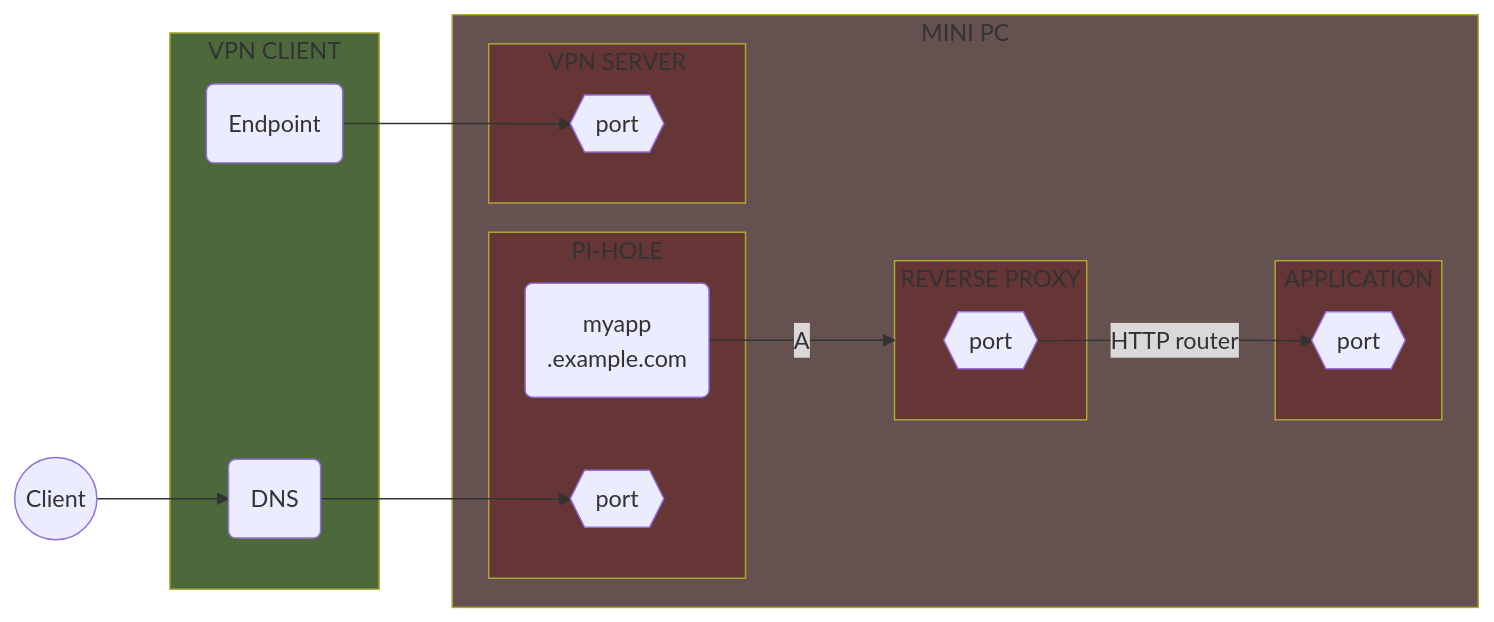
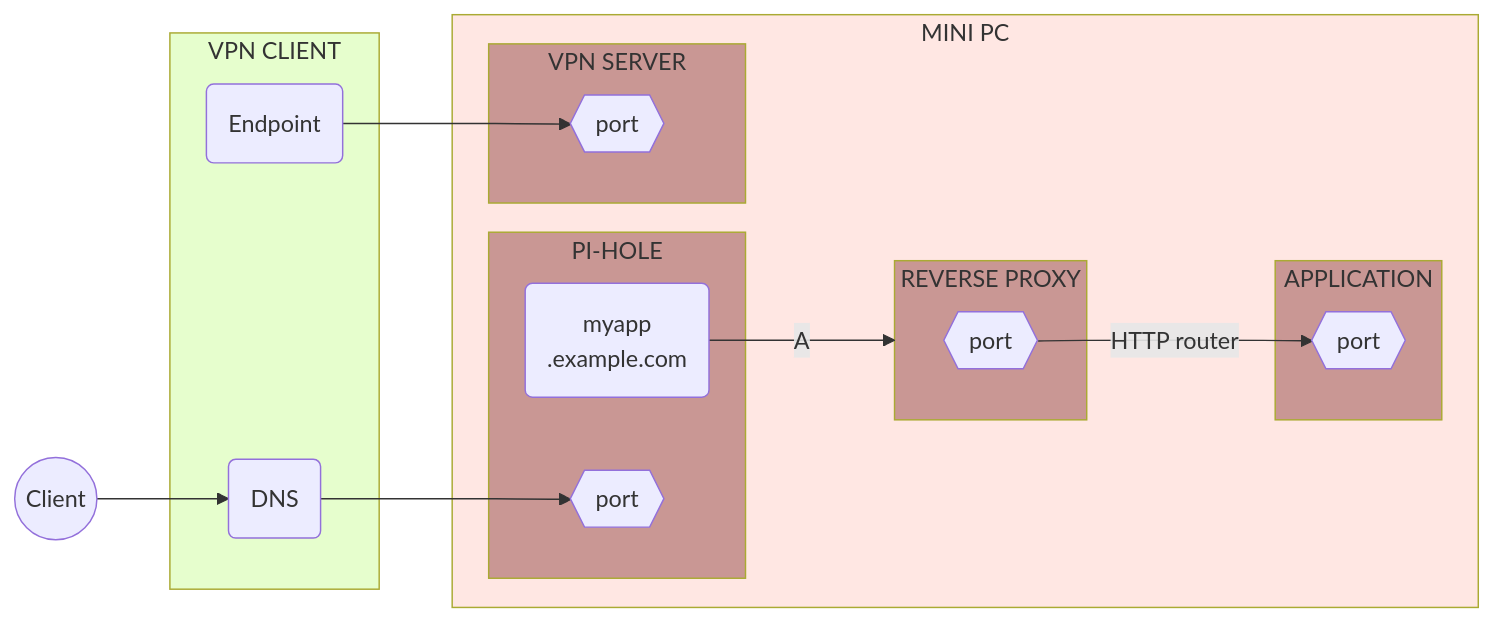
One commit to Yann39/self-hosted-n100 changed the third of 32 diagrams in README.md. Above: the diagram before and after it, drawn with Mermaid. The commit also changed other lines of this file and 1 other file, not shown here.

Commit message:
adapted diagrams so they display better in light mode

````diff
--- a/README.md
+++ b/README.md
@@ -705,47 +709,47 @@
 ```mermaid
 flowchart LR
-    style VPN fill: #4d683b
-    style TRAEFIK_CONTAINER fill: #663535
-    style PI_HOLE fill: #663535
-    style APPLICATION fill: #663535
-    style WIREGUARD fill: #663535
-    style SERVER_DEVICE fill: #665151
+    style VPN fill: #bbfd795e
+    style TRAEFIK_CONTAINER fill: #66010159
+    style PI_HOLE fill: #66010159
+    style APPLICATION fill: #66010159
+    style WIREGUARD fill: #66010159
+    style SERVER_DEVICE fill: #febfb45e
     CLIENT((Client))
     VPN_CLIENT(DNS)
     VPN_ENDPOINT(Endpoint)
     PIHOLE_DNS_MYAPP(myapp\n.example.com)
     DOCKER_TRAEFIK_PORT{{port}}
     APPLICATION_PORT{{port}}
     WIREGUARD_PORT{{port}}
     PIHOLE_DNS{{port}}
 
     subgraph VPN[VPN CLIENT]
         VPN_CLIENT
         VPN_ENDPOINT
     end
 
     subgraph SERVER_DEVICE[MINI PC]
         subgraph PI_HOLE[PI-HOLE]
             PIHOLE_DNS
             PIHOLE_DNS_MYAPP
         end
 
         subgraph TRAEFIK_CONTAINER[REVERSE PROXY]
             DOCKER_TRAEFIK_PORT
         end
 
         subgraph APPLICATION[APPLICATION]
             APPLICATION_PORT
         end
 
         subgraph WIREGUARD[VPN SERVER]
             WIREGUARD_PORT
         end
     end
 
     VPN_ENDPOINT --> WIREGUARD_PORT
     CLIENT --> VPN_CLIENT
     VPN_CLIENT --> PIHOLE_DNS
     PIHOLE_DNS_MYAPP --->|A| TRAEFIK_CONTAINER
     DOCKER_TRAEFIK_PORT -->|HTTP router| APPLICATION_PORT
 ```
````
